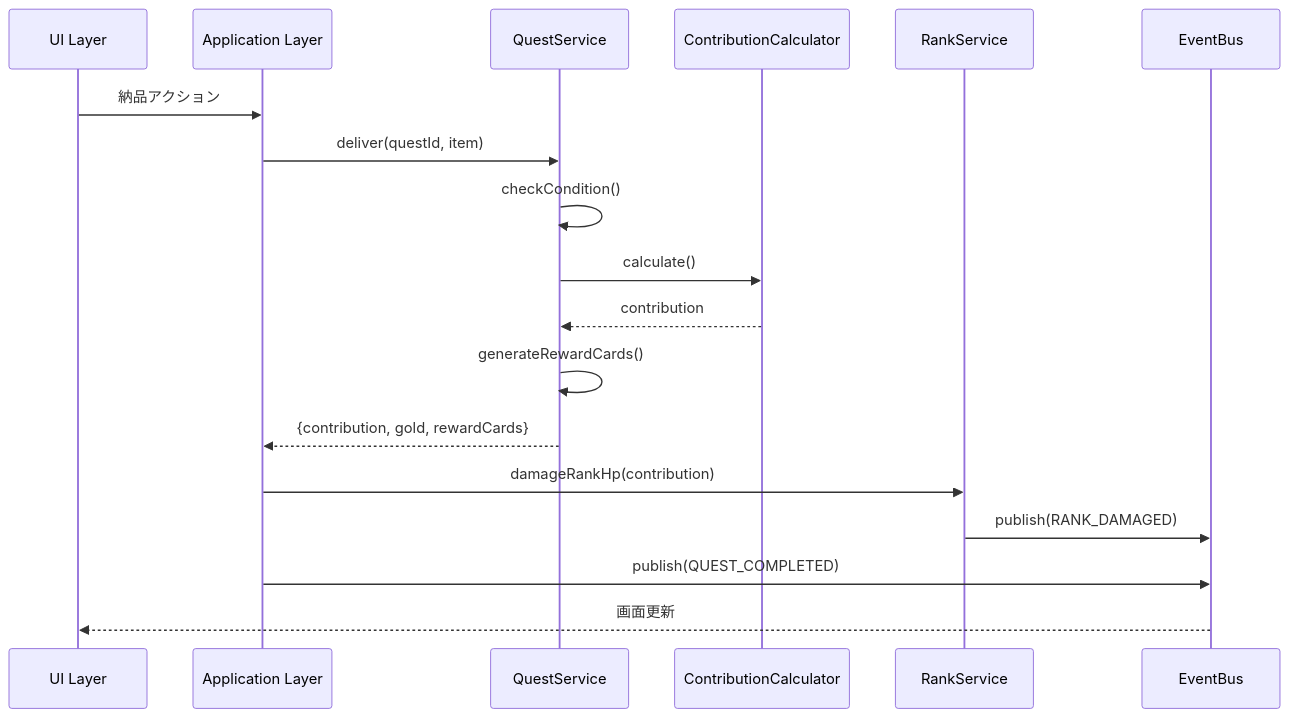
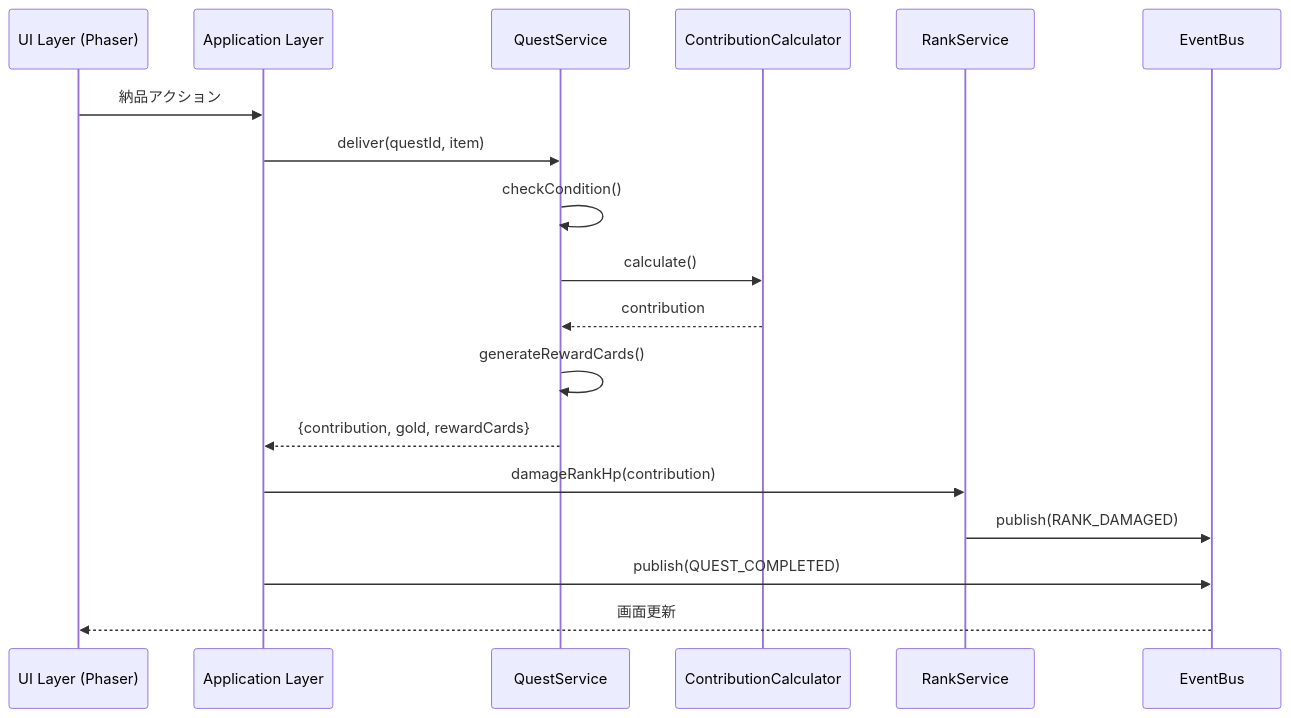
The fifth of 6 diagrams in docs/design/atelier-guild-rank/architecture.md (yaguma/atelier), drawn with Mermaid before and after one commit. The commit also changed other lines of this file and 7 other files, not shown here.

````diff
--- a/docs/design/atelier-guild-rank/architecture.md
+++ b/docs/design/atelier-guild-rank/architecture.md
@@ -567,21 +769,21 @@
 ```mermaid
 sequenceDiagram
-    participant UI as UI Layer
+    participant UI as UI Layer (Phaser)
     participant App as Application Layer
     participant Quest as QuestService
     participant Contrib as ContributionCalculator
     participant Rank as RankService
     participant Event as EventBus
 
     UI->>App: 納品アクション
     App->>Quest: deliver(questId, item)
     Quest->>Quest: checkCondition()
     Quest->>Contrib: calculate()
     Contrib-->>Quest: contribution
     Quest->>Quest: generateRewardCards()
     Quest-->>App: {contribution, gold, rewardCards}
     App->>Rank: damageRankHp(contribution)
     Rank->>Event: publish(RANK_DAMAGED)
     App->>Event: publish(QUEST_COMPLETED)
     Event-->>UI: 画面更新
 ```
````
